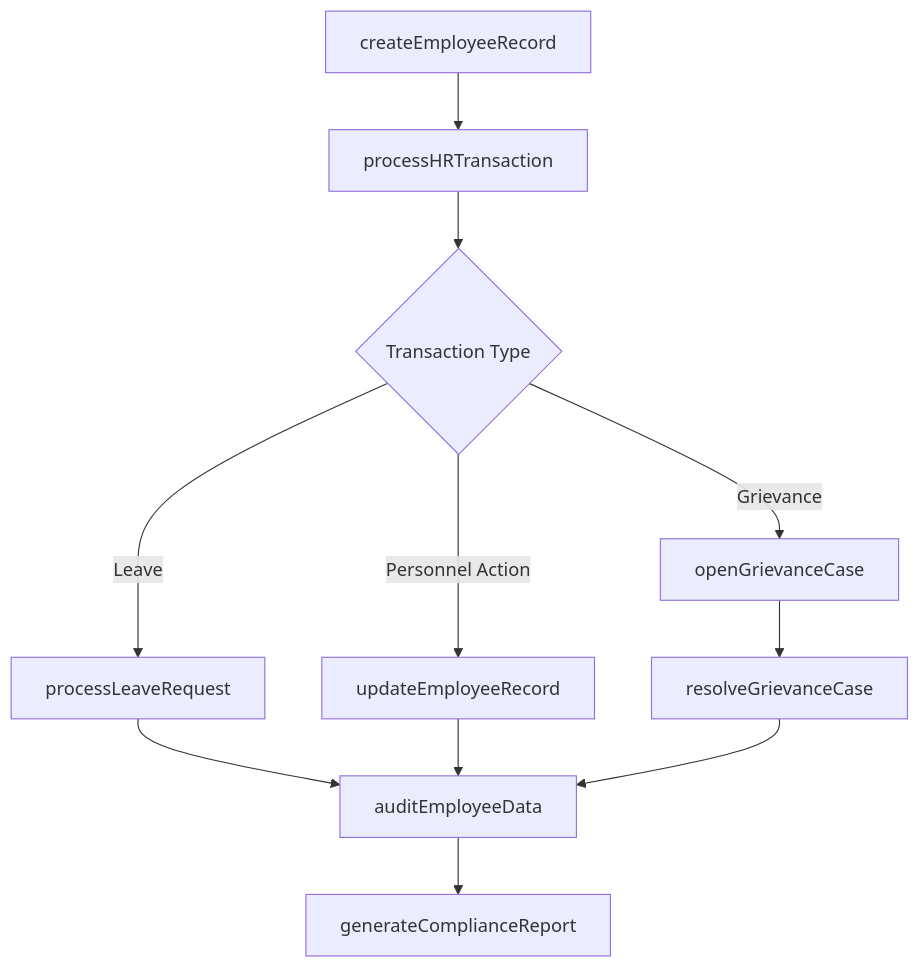
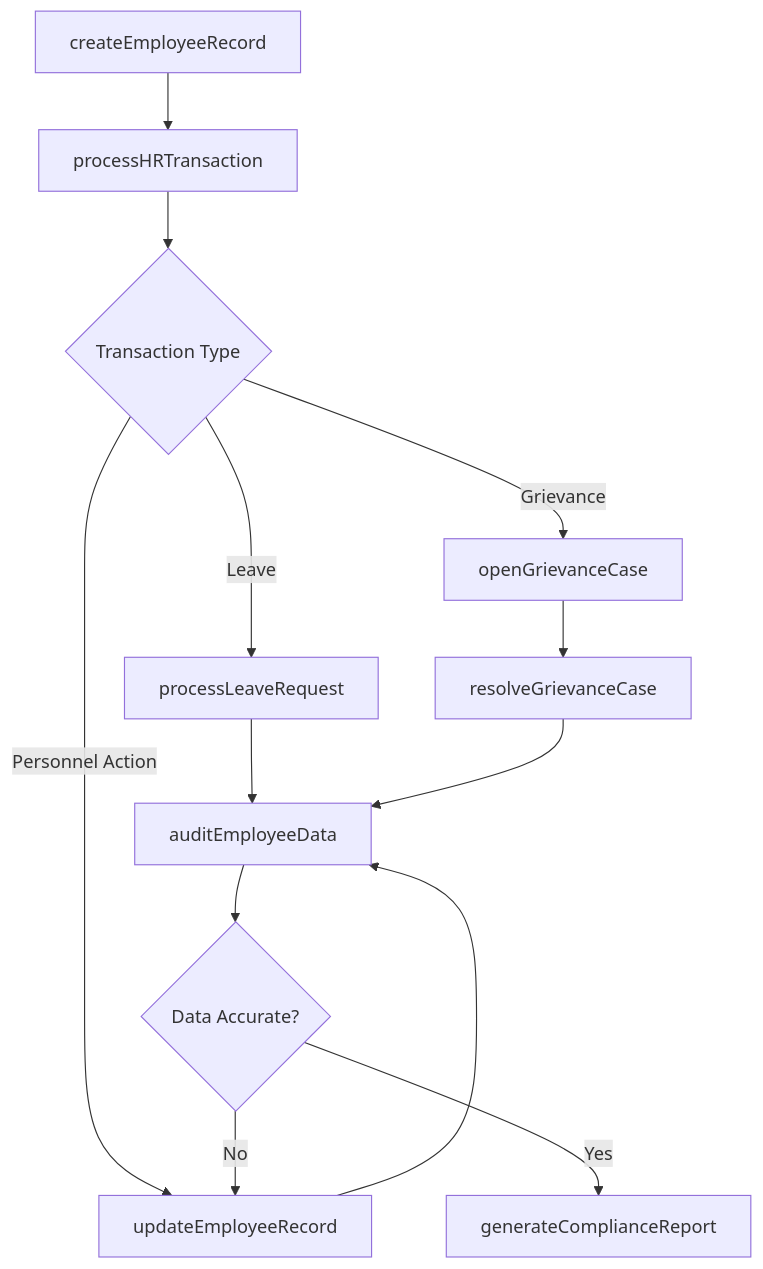
One commit to dot-org-ai/tasks.org.ai changed the third of 4 diagrams in StaffingOrganizationalUnits/PerformHumanResourcesActivities/PerformHumanResourcesActivities.mdx. Above: the diagram before and after it, drawn with Mermaid. The commit also changed other lines of this file and 266 other files, not shown here.

First line of the commit message:
feat: Add ER diagrams, state diagrams to wave 2 batch (251 DWA files)

````diff
--- a/StaffingOrganizationalUnits/PerformHumanResourcesActivities/PerformHumanResourcesActivities.mdx
+++ b/StaffingOrganizationalUnits/PerformHumanResourcesActivities/PerformHumanResourcesActivities.mdx
@@ -91,13 +122,15 @@
 ```mermaid
 graph TD
     A[createEmployeeRecord] --> B[processHRTransaction]
     B --> C{Transaction Type}
     C -->|Leave| D[processLeaveRequest]
     C -->|Grievance| E[openGrievanceCase]
     C -->|Personnel Action| F[updateEmployeeRecord]
     D --> G[auditEmployeeData]
     E --> H[resolveGrievanceCase]
     F --> G
     H --> G
-    G --> I[generateComplianceReport]
+    G --> I{Data Accurate?}
+    I -->|No| F
+    I -->|Yes| J[generateComplianceReport]
 ```
````
